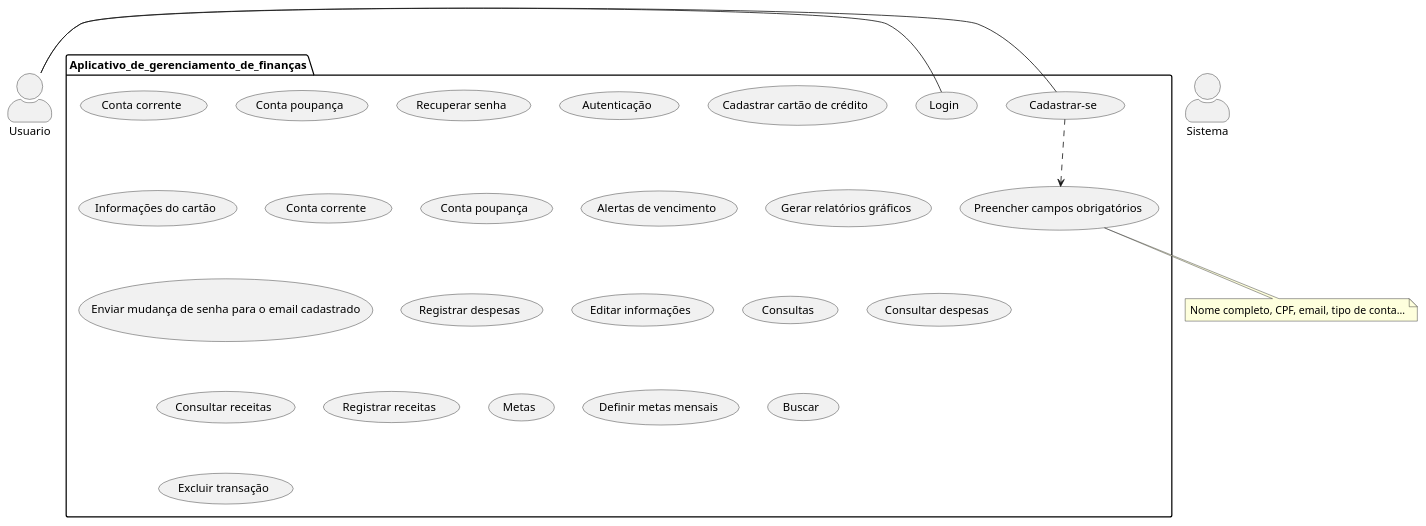
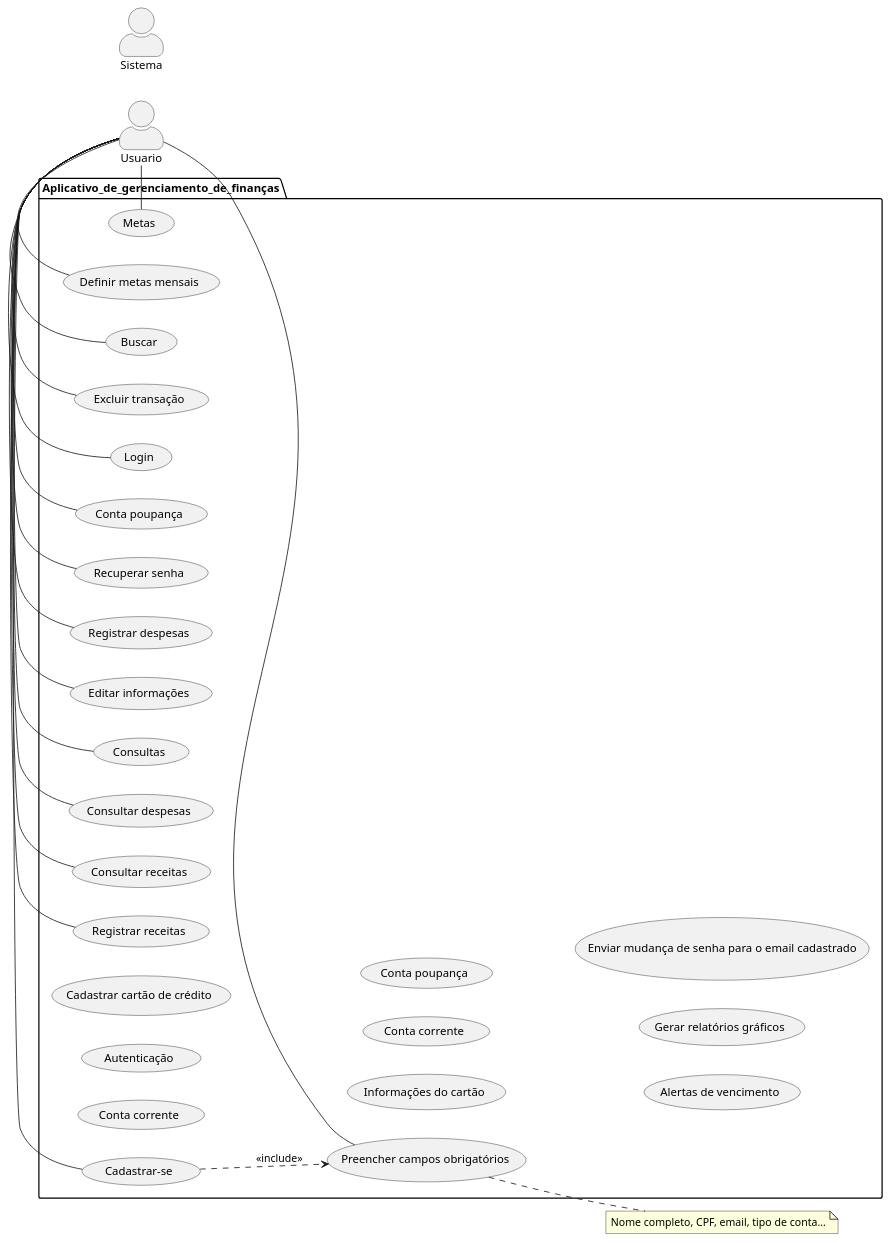
The diagram in diagrams/Diagrama_casos_uso.wsd (ClaraFelix667/finance-manager-a3), drawn with PlantUML before and after one commit.

Commit message:
conectei o usuario com os casos de uso e ajustei para o rentangulo para que ficasse em pe

```diff
--- a/diagrams/Diagrama_casos_uso.wsd
+++ b/diagrams/Diagrama_casos_uso.wsd
@@ -1,44 +1,58 @@
 @startuml
-top to bottom direction
+left to right direction
 skinparam actorStyle awesome
 actor Usuario as a1
 actor Sistema as a2
 note "Nome completo, CPF, email, tipo de conta..." as N1
 
 /'UCS -> Sistema
   UC -> Usuario'/
-
 package Aplicativo_de_gerenciamento_de_finanças {
     usecase "Cadastrar-se" as UC1
     usecase "Login" as UC2
     usecase "Conta corrente" as UC3
     usecase "Conta poupança" as UC4
     usecase "Preencher campos obrigatórios" as UC5
     usecase "Recuperar senha" as UC6
     usecase "Autenticação" as UCS1
     usecase "Cadastrar cartão de crédito" as UC7
     usecase "Informações do cartão" as UC8
     usecase "Conta corrente" as UC9
     usecase "Conta poupança" as UC10
     usecase "Alertas de vencimento" as UCS2
     usecase "Gerar relatórios gráficos" as UCS3
     usecase "Enviar mudança de senha para o email cadastrado" as UCS4
     usecase "Registrar despesas" as UC11
     usecase "Editar informações" as UC12
     usecase "Consultas" as UC13
     usecase "Consultar despesas" as UC14
     usecase "Consultar receitas" as UC15
     usecase "Registrar receitas" as UC16
     usecase "Metas" as UC17
     usecase "Definir metas mensais" as UC18
     usecase "Buscar" as UC19
     usecase "Excluir transação" as UC20
 }
 
 a1 - UC1
 a1 - UC2
-UC1 ..> UC5
+a1 - UC4
+a1 - UC5
+a1 - UC6
+a1 - UC11
+a1 - UC12
+a1 - UC13
+a1 - UC14
+a1 - UC15
+a1 - UC16
+a1 - UC17
+a1 - UC18
+a1 - UC19
+a1 - UC20
+
+
+UC1 ..> UC5:<<include>>
 UC5 .. N1
 
 
 @enduml
```
